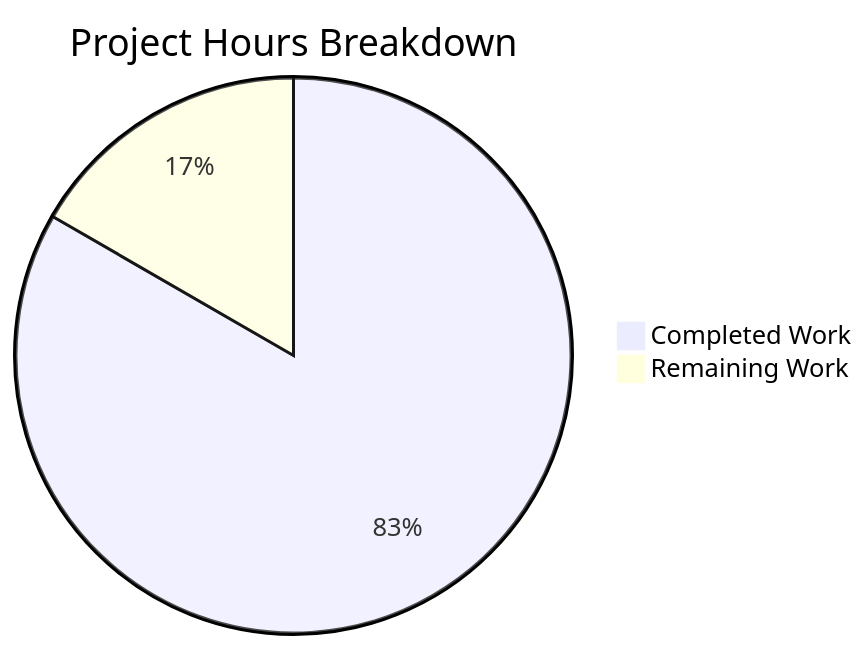
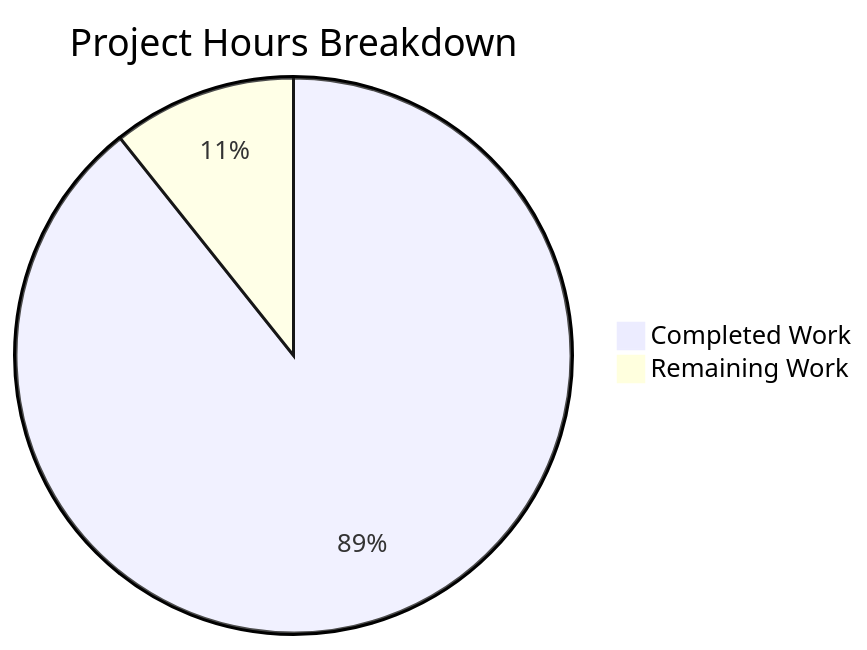
One commit to blitzy-public-samples/hao-backprop-test changed the diagram in blitzy/documentation/Project Guide.md. Above: the diagram before and after it, drawn with Mermaid. The commit also changed other lines of this file, not shown here.

Commit message:
Adding Blitzy Project Guide: Project Status and Human Tasks Remaining

````diff
--- a/blitzy/documentation/Project Guide.md
+++ b/blitzy/documentation/Project Guide.md
@@ -37,5 +61,5 @@
 ```mermaid
 pie title Project Hours Breakdown
-    "Completed Work" : 10
-    "Remaining Work" : 2
+    "Completed Work" : 125
+    "Remaining Work" : 15
 ```
````
